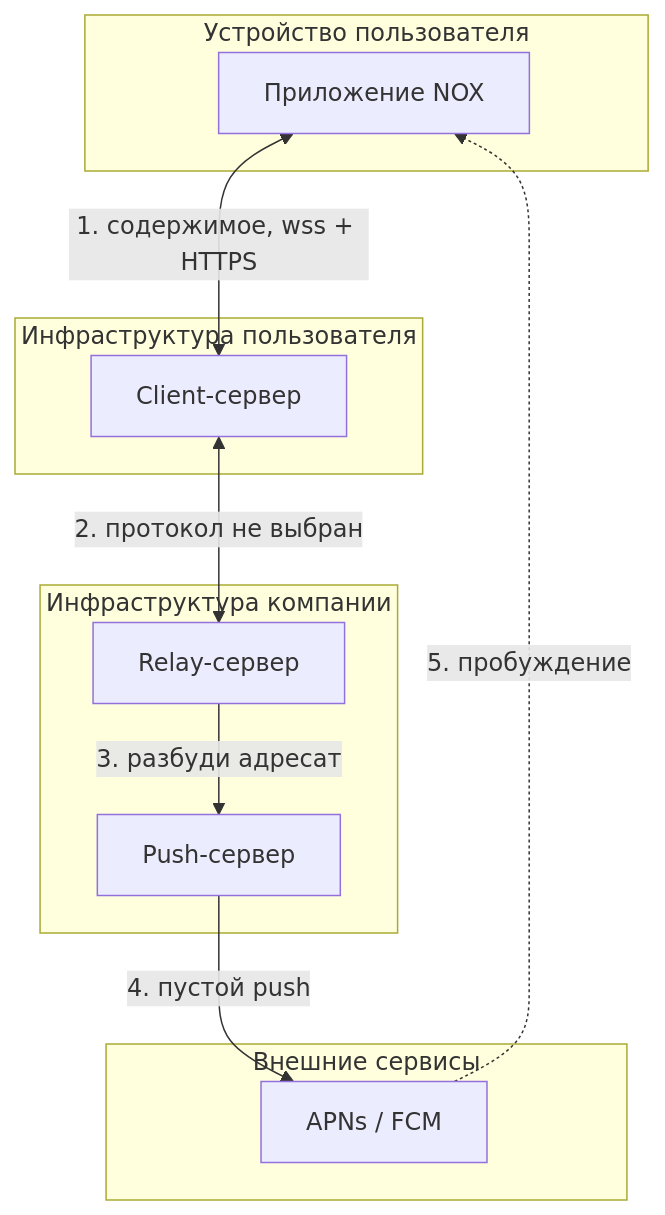
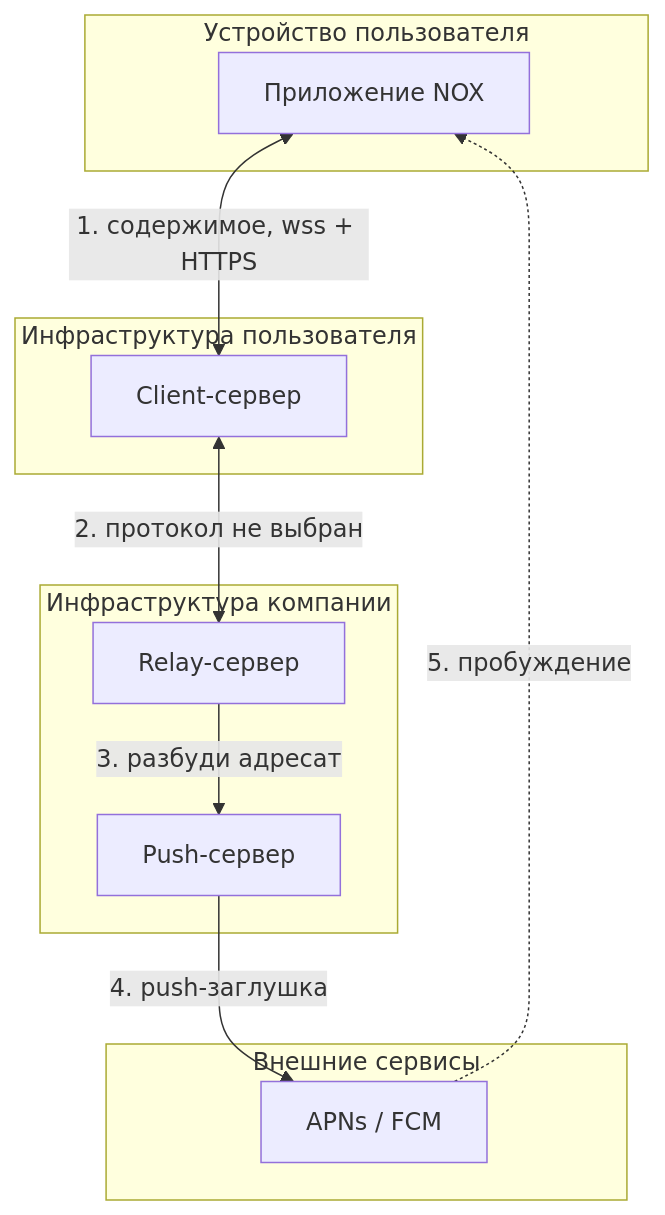
The first of 5 diagrams in docs/client-backend/architecture/notification-delivery.md (cyphernet-labs/nox-app), drawn with Mermaid before and after one commit. The commit also changed other lines of this file and 5 other files, not shown here.

````diff
--- a/docs/client-backend/architecture/notification-delivery.md
+++ b/docs/client-backend/architecture/notification-delivery.md
@@ -25,21 +25,21 @@
 ```mermaid
 flowchart TB
   subgraph DEV["Устройство пользователя"]
     APP["Приложение NOX"]
   end
   subgraph USR["Инфраструктура пользователя"]
     CB["Client-сервер"]
   end
   subgraph CO["Инфраструктура компании"]
     RELAY["Relay-сервер"]
     PUSH["Push-сервер"]
   end
   subgraph EXT["Внешние сервисы"]
     APNS["APNs / FCM"]
   end
   APP <-->|"1. содержимое, wss + HTTPS"| CB
   CB <-->|"2. протокол не выбран"| RELAY
   RELAY -->|"3. разбуди адресат"| PUSH
-  PUSH -->|"4. пустой push"| APNS
+  PUSH -->|"4. push-заглушка"| APNS
   APNS -.->|"5. пробуждение"| APP
 ```
````
